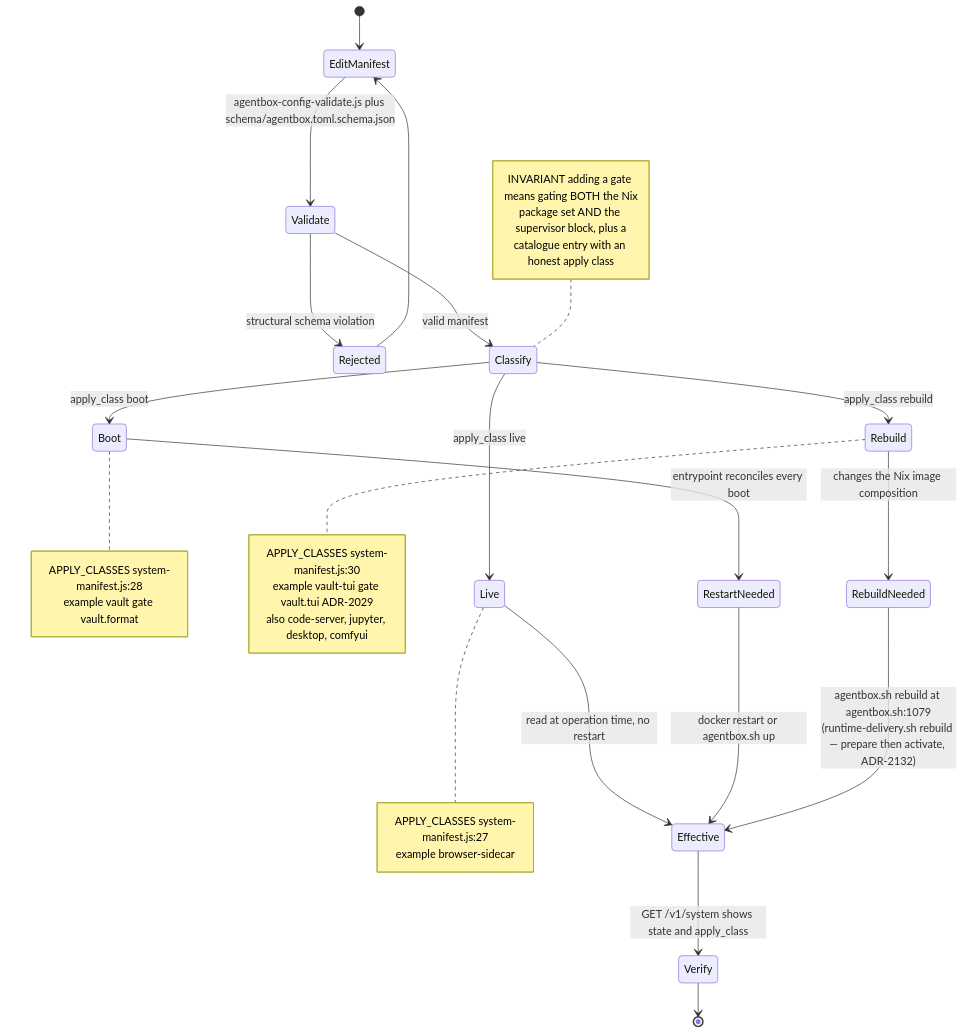
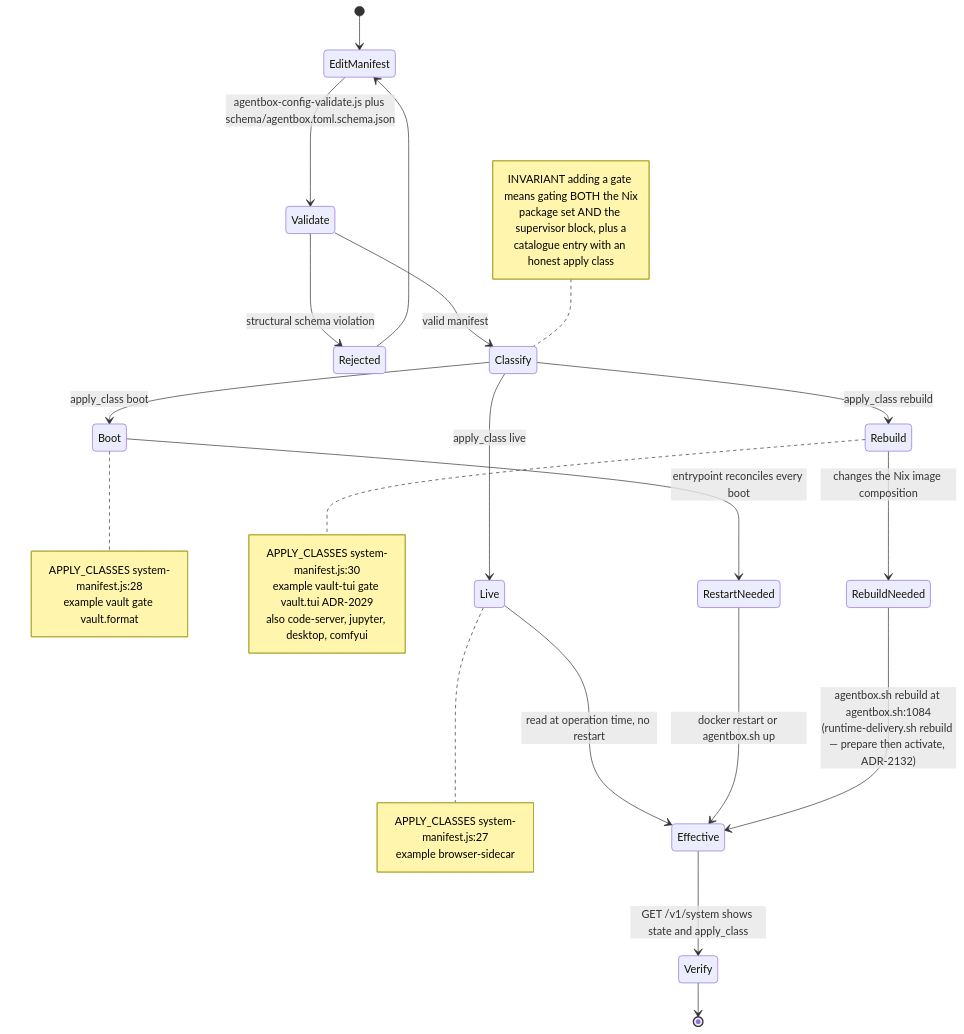
Before and after one commit to DreamLab-AI/VisionFlow: the ninth of 16 diagrams in docs/diagrams/agentbox/05-manifest-gates-and-cli.md, drawn with Mermaid. The commit also changed other lines of this file and 160 other files, not shown here.

````diff
--- a/docs/diagrams/agentbox/05-manifest-gates-and-cli.md
+++ b/docs/diagrams/agentbox/05-manifest-gates-and-cli.md
@@ -286,40 +294,40 @@
 ```mermaid
 stateDiagram-v2
     [*] --> EditManifest
     EditManifest --> Validate: agentbox-config-validate.js plus schema/agentbox.toml.schema.json
     Validate --> Rejected: structural schema violation
     Validate --> Classify: valid manifest
     Rejected --> EditManifest
 
     Classify --> Live: apply_class live
     Classify --> Boot: apply_class boot
     Classify --> Rebuild: apply_class rebuild
 
     Live --> Effective: read at operation time, no restart
     Boot --> RestartNeeded: entrypoint reconciles every boot
     RestartNeeded --> Effective: docker restart or agentbox.sh up
     Rebuild --> RebuildNeeded: changes the Nix image composition
-    RebuildNeeded --> Effective: agentbox.sh rebuild at agentbox.sh:1079<br/>(runtime-delivery.sh rebuild — prepare then activate, ADR-2132)
+    RebuildNeeded --> Effective: agentbox.sh rebuild at agentbox.sh:1084<br/>(runtime-delivery.sh rebuild — prepare then activate, ADR-2132)
 
     Effective --> Verify: GET /v1/system shows state and apply_class
     Verify --> [*]
 
     note right of Live
         APPLY_CLASSES system-manifest.js:27
         example browser-sidecar
     end note
     note right of Boot
         APPLY_CLASSES system-manifest.js:28
         example vault gate vault.format
     end note
     note right of Rebuild
         APPLY_CLASSES system-manifest.js:30
         example vault-tui gate vault.tui ADR-2029
         also code-server, jupyter, desktop, comfyui
     end note
     note left of Classify
         INVARIANT adding a gate means gating BOTH the Nix
         package set AND the supervisor block, plus a
         catalogue entry with an honest apply class
     end note
 ```
````
